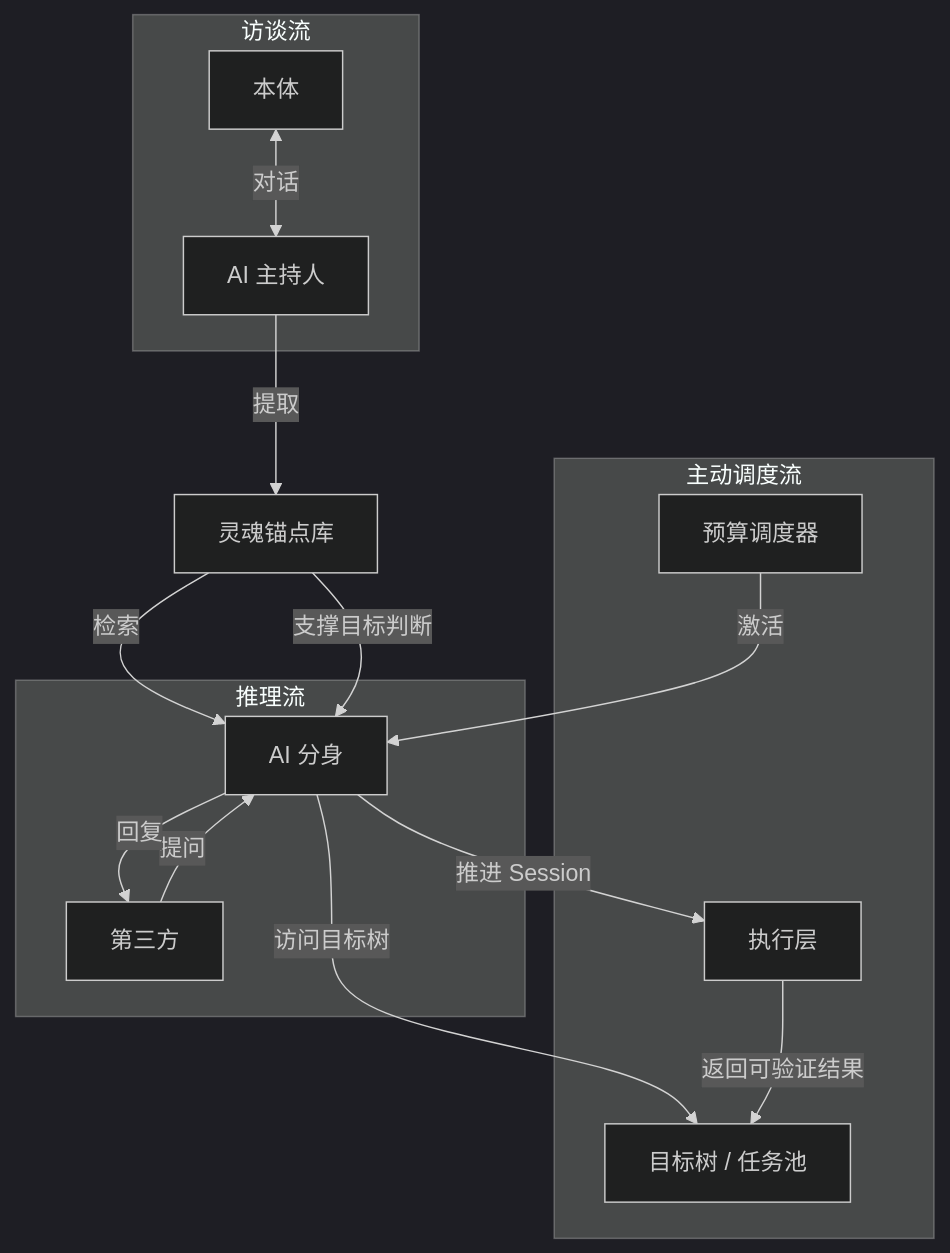
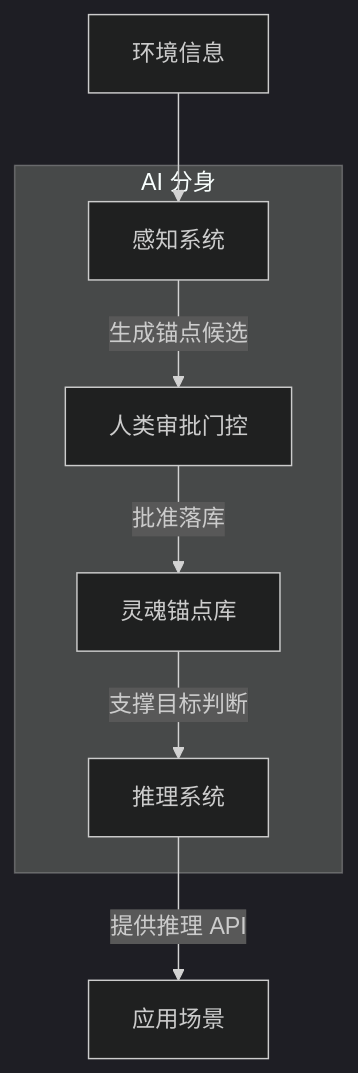
One commit to zccz14/ReMi changed the first of 3 diagrams in README.md. Above: the diagram before and after it, drawn with Mermaid (dark theme). The commit also changed other lines of this file and 1 other file, not shown here.

Commit message:
fix: update .gitignore to include debug artifacts and refine README content

````diff
--- a/README.md
+++ b/README.md
@@ -31,23 +26,16 @@
 ```mermaid
 graph TD
-    subgraph 访谈流
-        A[本体] <-->|对话| B[AI 主持人]
+    subgraph AI 分身
+        A[感知系统]
+        B[人类审批门控]
+        C[灵魂锚点库]
+        E[推理系统]
+        A -->|生成锚点候选| B
+        B -->|批准落库| C
+        C -->|支撑目标判断| E
     end
 
-    B -->|提取| C[灵魂锚点库]
+    I[环境信息] --> A
 
-    subgraph 推理流
-        D[第三方] -->|提问| E[AI 分身]
-        E -->|回复| D
-    end
-
-    subgraph 主动调度流
-        H[预算调度器] -->|激活| E
-        E -->|访问目标树| I[目标树 / 任务池]
-        E -->|推进 Session| J[执行层]
-        J -->|返回可验证结果| I
-    end
-
-    C -->|检索| E
-    C -->|支撑目标判断| E
+    E -->|提供推理 API| D[应用场景]
 ```
````
